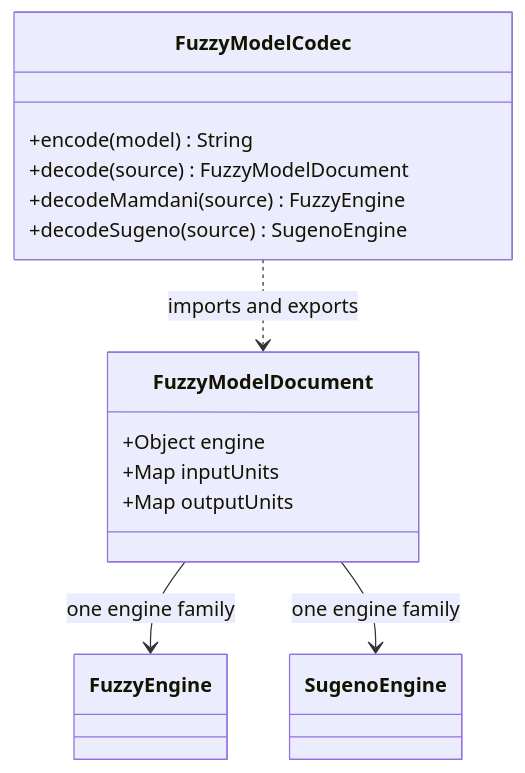
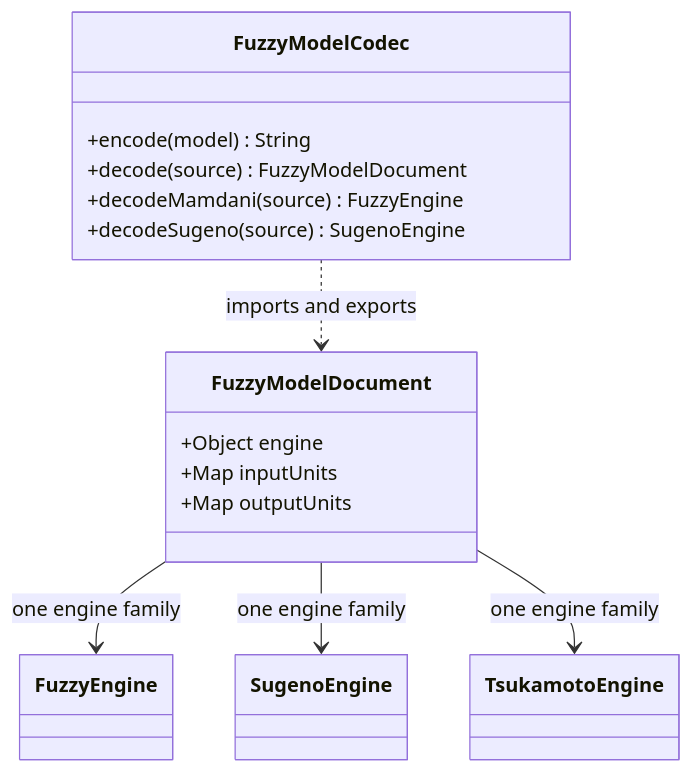
Before and after one commit to kleberandrade/fuzzy-engine: diagram 15 of 20 in docs/architecture.en.md, drawn with Mermaid. The commit also changed other lines of this file and 32 other files, not shown here.

````diff
--- a/docs/architecture.en.md
+++ b/docs/architecture.en.md
@@ -350,20 +350,22 @@
 ```mermaid
 classDiagram
     direction TB
     class FuzzyModelCodec {
         +encode(model) String
         +decode(source) FuzzyModelDocument
         +decodeMamdani(source) FuzzyEngine
         +decodeSugeno(source) SugenoEngine
     }
     class FuzzyModelDocument {
         +Object engine
         +Map inputUnits
         +Map outputUnits
     }
     class FuzzyEngine
     class SugenoEngine
+    class TsukamotoEngine
     FuzzyModelCodec ..> FuzzyModelDocument : imports and exports
     FuzzyModelDocument --> FuzzyEngine : one engine family
     FuzzyModelDocument --> SugenoEngine : one engine family
+    FuzzyModelDocument --> TsukamotoEngine : one engine family
 ```
````
